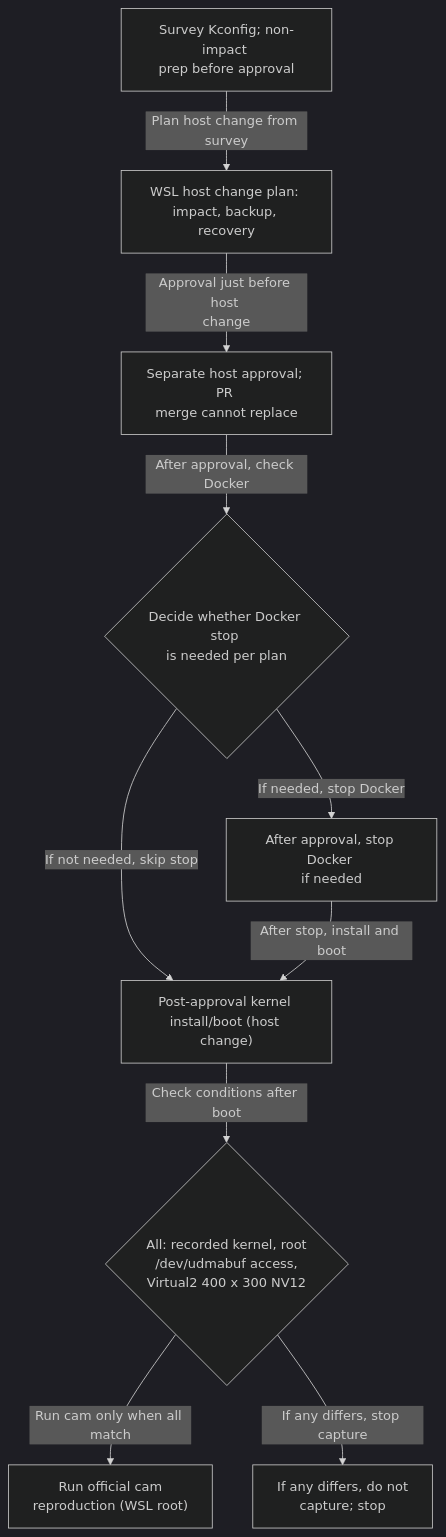
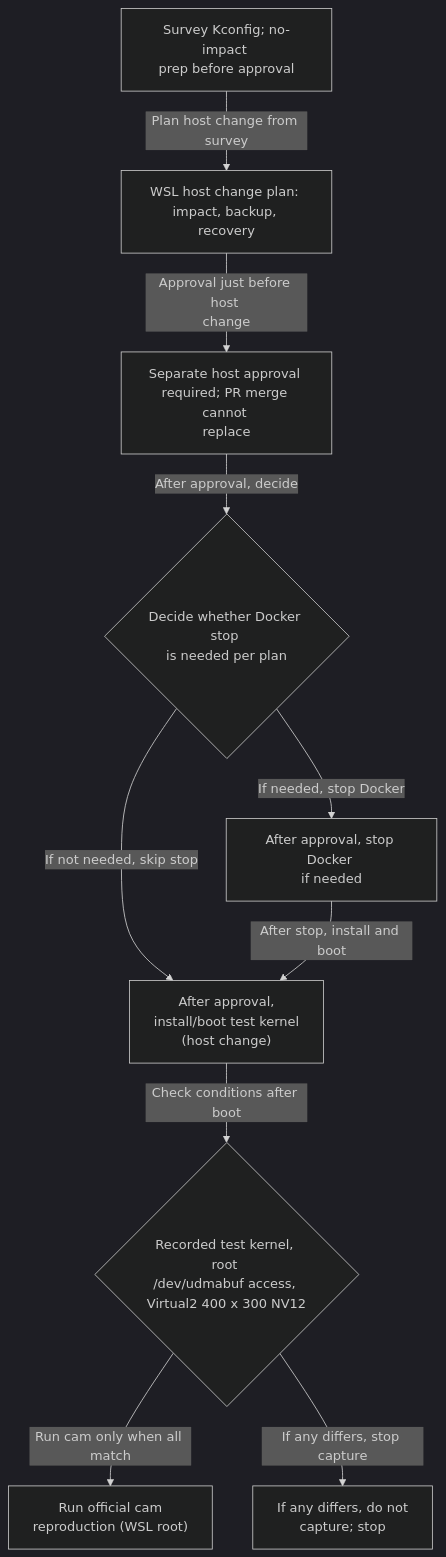
One commit to TTolsun/libcamera-sdd changed the diagram in docs/en/official-cam-validation.reproduction-flow.mmd. Above: the diagram before and after it, drawn with Mermaid (dark theme). The commit also changed 382 other files, not shown here.

```diff
--- a/docs/en/official-cam-validation.reproduction-flow.mmd
+++ b/docs/en/official-cam-validation.reproduction-flow.mmd
@@ -1,20 +1,20 @@
 flowchart TB
 
-  v_kconfig_survey["Survey Kconfig; non-impact <br/>prep before approval"]
+  v_kconfig_survey["Survey Kconfig; no-impact <br/>prep before approval"]
   v_wsl_plan["WSL host change plan: <br/>impact, backup, recovery"]
-  v_host_approval["Separate host approval; PR <br/>merge cannot replace"]
+  v_host_approval["Separate host approval <br/>required; PR merge cannot <br/>replace"]
   v_docker_decide{"Decide whether Docker stop <br/>is needed per plan"}
   v_docker_stop["After approval, stop Docker <br/>if needed"]
-  v_kernel_prep["Post-approval kernel <br/>install/boot (host change)"]
-  v_device_verify{"All: recorded kernel, root <br/>/dev/udmabuf access, <br/>Virtual2 400 x 300 NV12"}
+  v_kernel_prep["After approval, <br/>install/boot test kernel <br/>(host change)"]
+  v_device_verify{"Recorded test kernel, root <br/>/dev/udmabuf access, <br/>Virtual2 400 x 300 NV12"}
   v_run_cam["Run official cam <br/>reproduction (WSL root)"]
   v_mismatch_stop["If any differs, do not <br/>capture; stop"]
   v_kconfig_survey -->|"Plan host change from survey"| v_wsl_plan
   v_wsl_plan -->|"Approval just before host <br/>change"| v_host_approval
-  v_host_approval -->|"After approval, check Docker"| v_docker_decide
+  v_host_approval -->|"After approval, decide"| v_docker_decide
   v_docker_decide -->|"If needed, stop Docker"| v_docker_stop
   v_docker_decide -->|"If not needed, skip stop"| v_kernel_prep
   v_docker_stop -->|"After stop, install and boot"| v_kernel_prep
   v_kernel_prep -->|"Check conditions after boot"| v_device_verify
   v_device_verify -->|"Run cam only when all match"| v_run_cam
   v_device_verify -->|"If any differs, stop capture"| v_mismatch_stop
```
